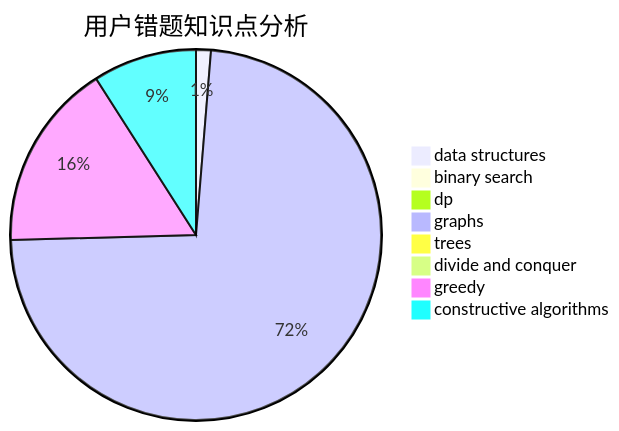
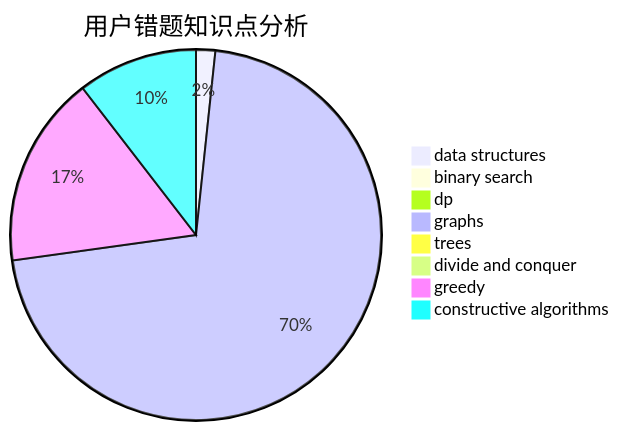
One commit to sherpahu/cfrs.github.io changed the third of 3 diagrams in docs/user/u729.md. Above: the diagram before and after it, drawn with Mermaid. The commit also changed other lines of this file and 2770 other files, not shown here.

````diff
--- a/docs/user/u729.md
+++ b/docs/user/u729.md
@@ -36,11 +36,11 @@
 ```mermaid
 pie title 用户错题知识点分析
-    "data structures" :  3
+    "data structures" :  4
     "binary search" :  2
     "dp" :  0
     "graphs" :  170
     "trees" :  1
     "divide and conquer" :  0
-    "greedy" :  38
-    "constructive algorithms" :  21
+    "greedy" :  40
+    "constructive algorithms" :  25
 ```
````
